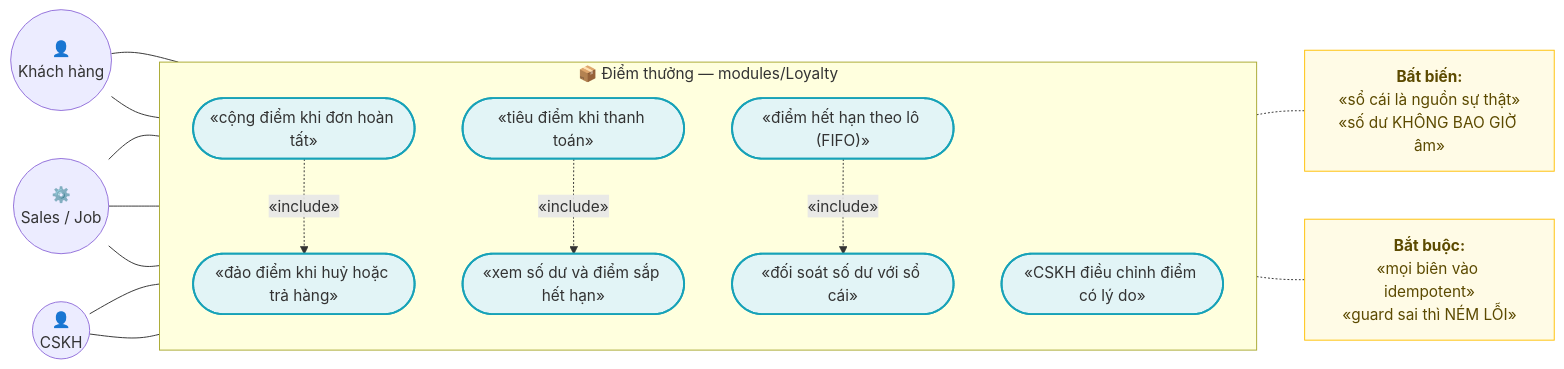
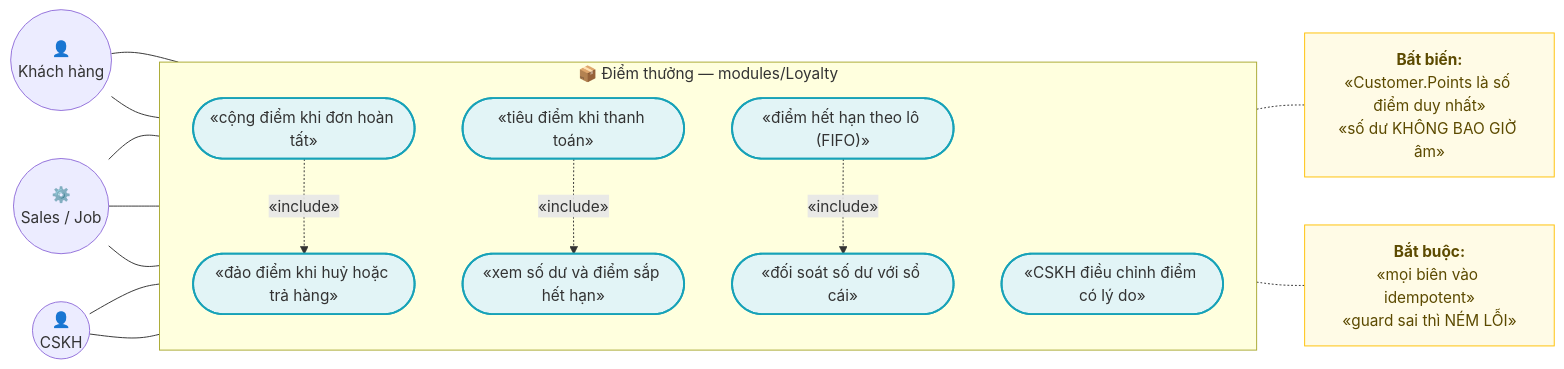
The first of 5 diagrams in docs/features/loyalty/loy-001-diem-thuong.md (hungnt9801/eCommerce), drawn with Mermaid before and after one commit. The commit also changed other lines of this file and 9 other files, not shown here.

````diff
--- a/docs/features/loyalty/loy-001-diem-thuong.md
+++ b/docs/features/loyalty/loy-001-diem-thuong.md
@@ -130,40 +140,40 @@
 ```mermaid
 flowchart LR
     classDef actor fill:#d4edda,stroke:#155724,stroke-width:2px;
     classDef usecase fill:#e2f4f6,stroke:#17a2b8,stroke-width:2px;
     classDef note fill:#fffbe6,stroke:#ffc107,stroke-width:1px,color:#5c4a00;
 
     KH(("👤<br/>Khách hàng"))
     CSKH(("👤<br/>CSKH"))
     SYS(("⚙️<br/>Sales / Job"))
 
     subgraph LOY["📦 Điểm thưởng — modules/Loyalty"]
         direction TB
         UC1(["«cộng điểm khi đơn hoàn tất»"])
         UC2(["«xem số dư và điểm sắp hết hạn»"])
         UC3(["«tiêu điểm khi thanh toán»"])
         UC4(["«đảo điểm khi huỷ hoặc trả hàng»"])
         UC5(["«điểm hết hạn theo lô (FIFO)»"])
         UC6(["«CSKH điều chỉnh điểm có lý do»"])
         UC7(["«đối soát số dư với sổ cái»"])
         class UC1,UC2,UC3,UC4,UC5,UC6,UC7 usecase;
     end
 
-    N1["<b>Bất biến:</b><br/>«sổ cái là nguồn sự thật»<br/>«số dư KHÔNG BAO GIỜ âm»"]
+    N1["<b>Bất biến:</b><br/>«Customer.Points là số điểm duy nhất»<br/>«số dư KHÔNG BAO GIỜ âm»"]
     N2["<b>Bắt buộc:</b><br/>«mọi biên vào idempotent»<br/>«guard sai thì NÉM LỖI»"]
     class N1,N2 note;
 
     SYS --- UC1
     KH --- UC2
     KH --- UC3
     SYS --- UC4
     SYS --- UC5
     CSKH --- UC6
     CSKH --- UC7
 
     UC1 -. "«include»" .-> UC4
     UC3 -. "«include»" .-> UC2
     UC5 -. "«include»" .-> UC7
     UC1 -.- N1
     UC3 -.- N2
 ```
````
